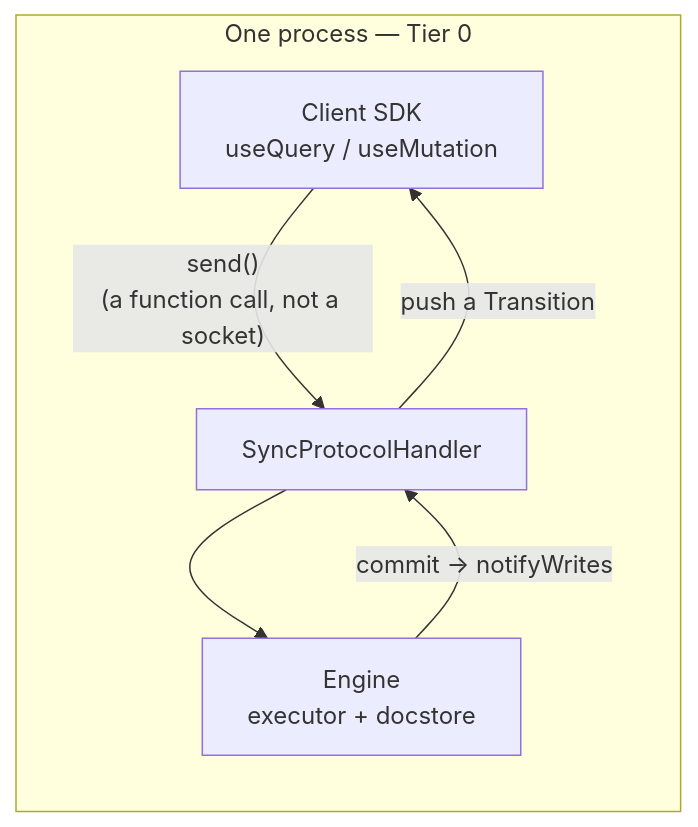
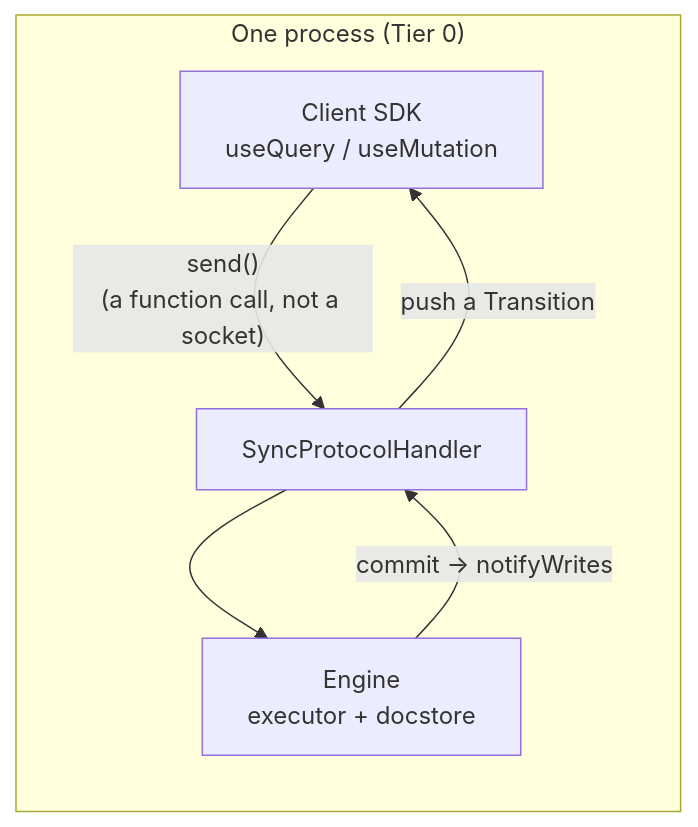
Before and after one commit to helipod-sh/helipod: the second of 4 diagrams in docs_new/content/docs/contributing/architecture/runtimes.mdx, drawn with Mermaid. The commit also changed other lines of this file and 49 other files, not shown here.

````diff
--- a/docs_new/content/docs/contributing/architecture/runtimes.mdx
+++ b/docs_new/content/docs/contributing/architecture/runtimes.mdx
@@ -43,12 +59,12 @@
 ```mermaid
 flowchart LR
-  subgraph Proc["One process — Tier 0"]
+  subgraph Proc["One process (Tier 0)"]
     Client["Client SDK<br/>useQuery / useMutation"]
     Sync["SyncProtocolHandler"]
     Engine["Engine<br/>executor + docstore"]
     Client -- "send()<br/>(a function call, not a socket)" --> Sync
     Sync --> Engine
     Engine -- "commit -> notifyWrites" --> Sync
     Sync -- "push a Transition" --> Client
   end
 ```
````
